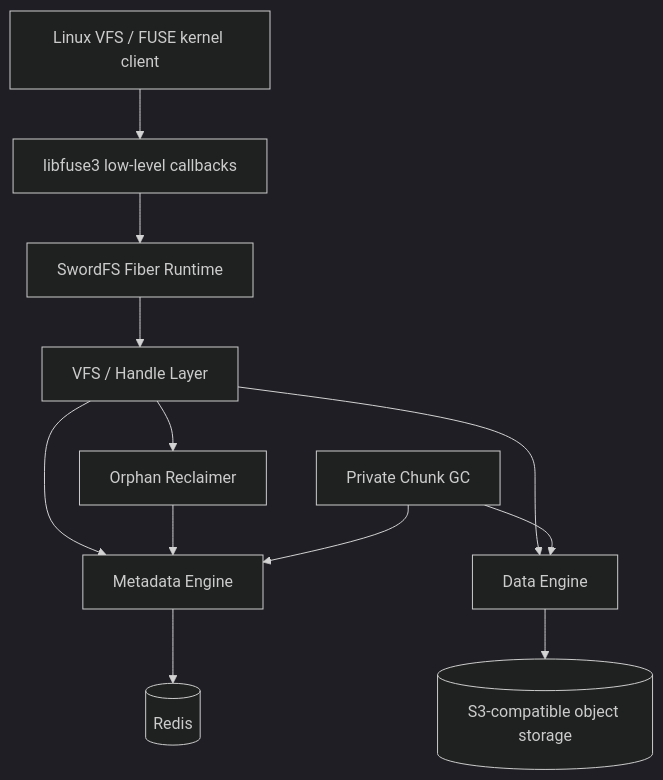
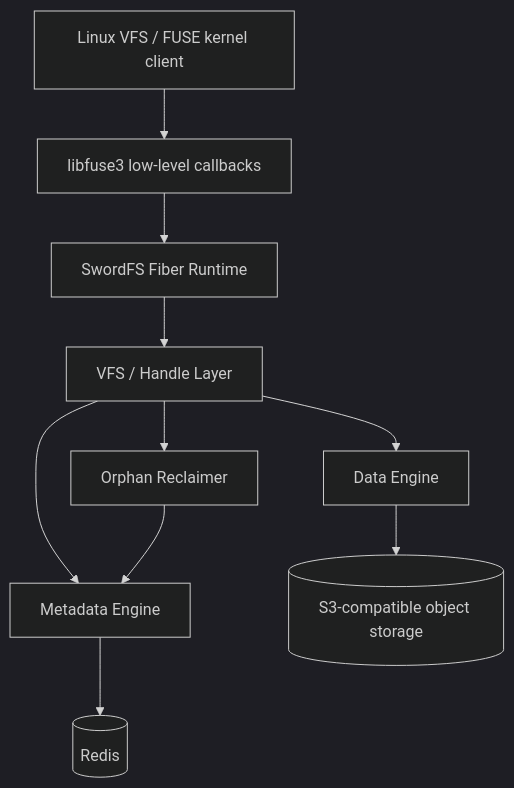
One commit to SwordInfra/SwordFS changed the first of 2 diagrams in docs/design/architecture.md. Above: the diagram before and after it, drawn with Mermaid (dark theme). The commit also changed other lines of this file and 63 other files, not shown here.

````diff
--- a/docs/design/architecture.md
+++ b/docs/design/architecture.md
@@ -36,25 +36,22 @@
 ```mermaid
 flowchart TB
     K[Linux VFS / FUSE kernel client]
     F[libfuse3 low-level callbacks]
     R[SwordFS Fiber Runtime]
     V[VFS / Handle Layer]
     M[Metadata Engine]
     D[Data Engine]
     OR[Orphan Reclaimer]
-    GC[Private Chunk GC]
     REDIS[(Redis)]
     S3[(S3-compatible object storage)]
 
     K --> F
     F --> R
     R --> V
     V --> M
     V --> D
     V --> OR
     OR --> M
-    GC --> M
-    GC --> D
     M --> REDIS
     D --> S3
 ```
````
